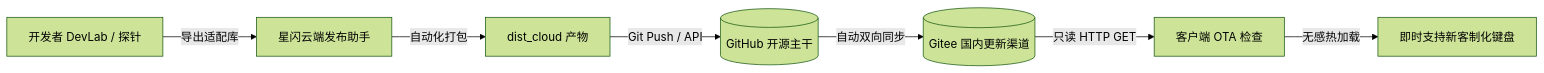
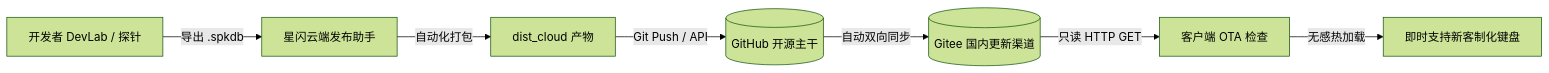
Before and after one commit to onekuta/AstraFlux-Hub: the diagram in README.md, drawn with Mermaid (forest theme). The commit also changed other lines of this file and 15 other files, not shown here.

````diff
--- a/README.md
+++ b/README.md
@@ -120,9 +128,9 @@
 ```mermaid
 flowchart LR
-    A["开发者 DevLab / 探针"] -->|"导出适配库"| B["星闪云端发布助手"]
+    A["开发者 DevLab / 探针"] -->|"导出 .spkdb"| B["星闪云端发布助手"]
     B -->|"自动化打包"| C["dist_cloud 产物"]
     C -->|"Git Push / API"| D[("GitHub 开源主干")]
     D -->|"自动双向同步"| E[("Gitee 国内更新渠道")]
     E -->|"只读 HTTP GET"| F["客户端 OTA 检查"]
     F -->|"无感热加载"| G["即时支持新客制化键盘"]
 ```
````
